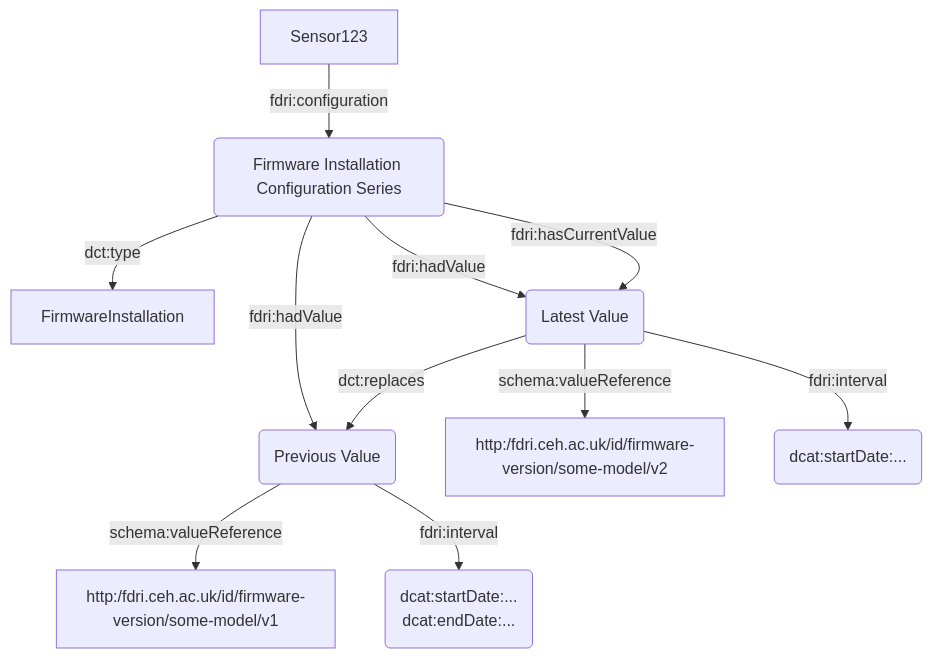
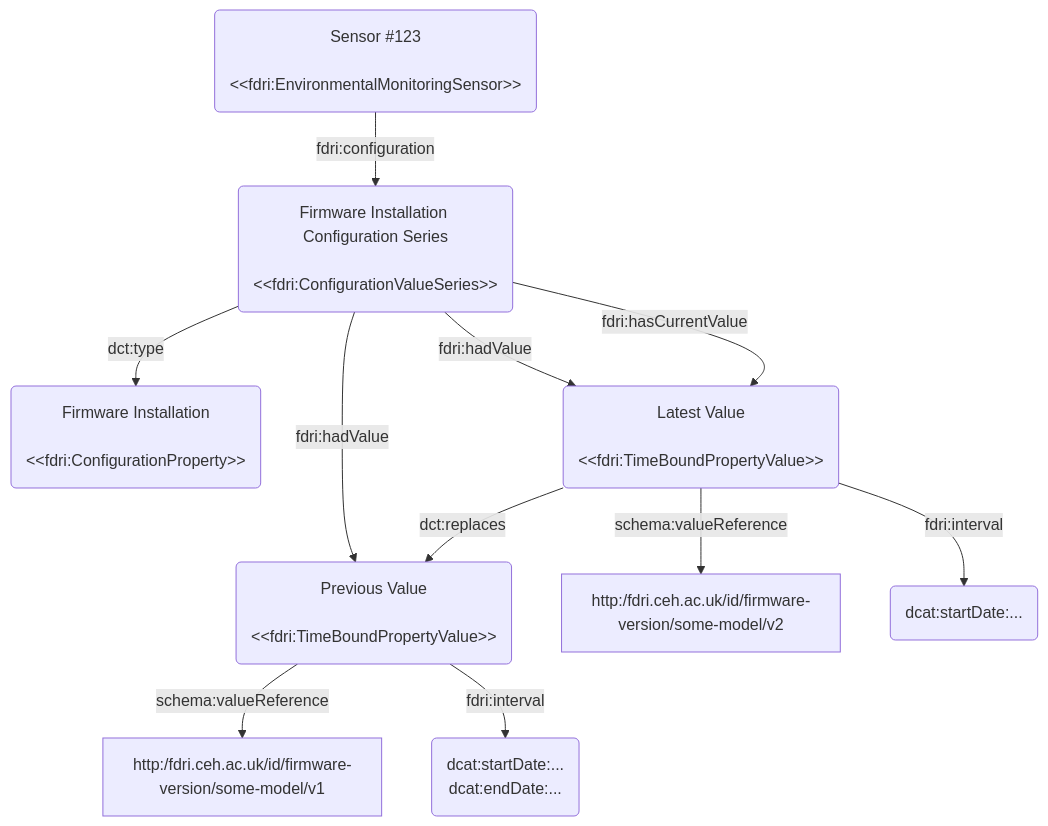
Before and after one commit to NERC-CEH/fdri-ontology: the fifth of 9 diagrams in doc/sensor-system.md, drawn with Mermaid. The commit also changed other lines of this file and 1 other file, not shown here.

Commit message:
Update example diagrams with consistent representation of resource types

````diff
--- a/doc/sensor-system.md
+++ b/doc/sensor-system.md
@@ -149,14 +149,19 @@
 ```mermaid
 flowchart
-  Sensor123 --fdri:configuration--> FIS
-  FIS("Firmware Installation Configuration Series") --dct:type--> FirmwareInstallation
+  Sensor123("Sensor #123
+  &lt;&lt;fdri:EnvironmentalMonitoringSensor>>") --fdri:configuration--> FIS
+  FIS("Firmware Installation Configuration Series
+   &lt;&lt;fdri:ConfigurationValueSeries>>") --dct:type--> FirmwareInstallation("Firmware Installation
+   &lt;&lt;fdri:ConfigurationProperty>>")
   FIS --fdri:hadValue--> F1
   FIS --fdri:hadValue--> F2
   FIS --fdri:hasCurrentValue--> F1
-  F1("Latest Value") --schema:valueReference--> http:/fdri.ceh.ac.uk/id/firmware-version/some-model/v2
+  F1("Latest Value
+  &lt;&lt;fdri:TimeBoundPropertyValue>>") --schema:valueReference--> http:/fdri.ceh.ac.uk/id/firmware-version/some-model/v2
   F1 --fdri:interval --> int1("`dcat:startDate:...`")
   F2 --schema:valueReference--> http:/fdri.ceh.ac.uk/id/firmware-version/some-model/v1
-  F2("Previous Value") --fdri:interval --> int2("`dcat:startDate:...
+  F2("Previous Value
+  &lt;&lt;fdri:TimeBoundPropertyValue>>") --fdri:interval --> int2("`dcat:startDate:...
   dcat:endDate:...`")
   F1 --dct:replaces--> F2
 ```
````
